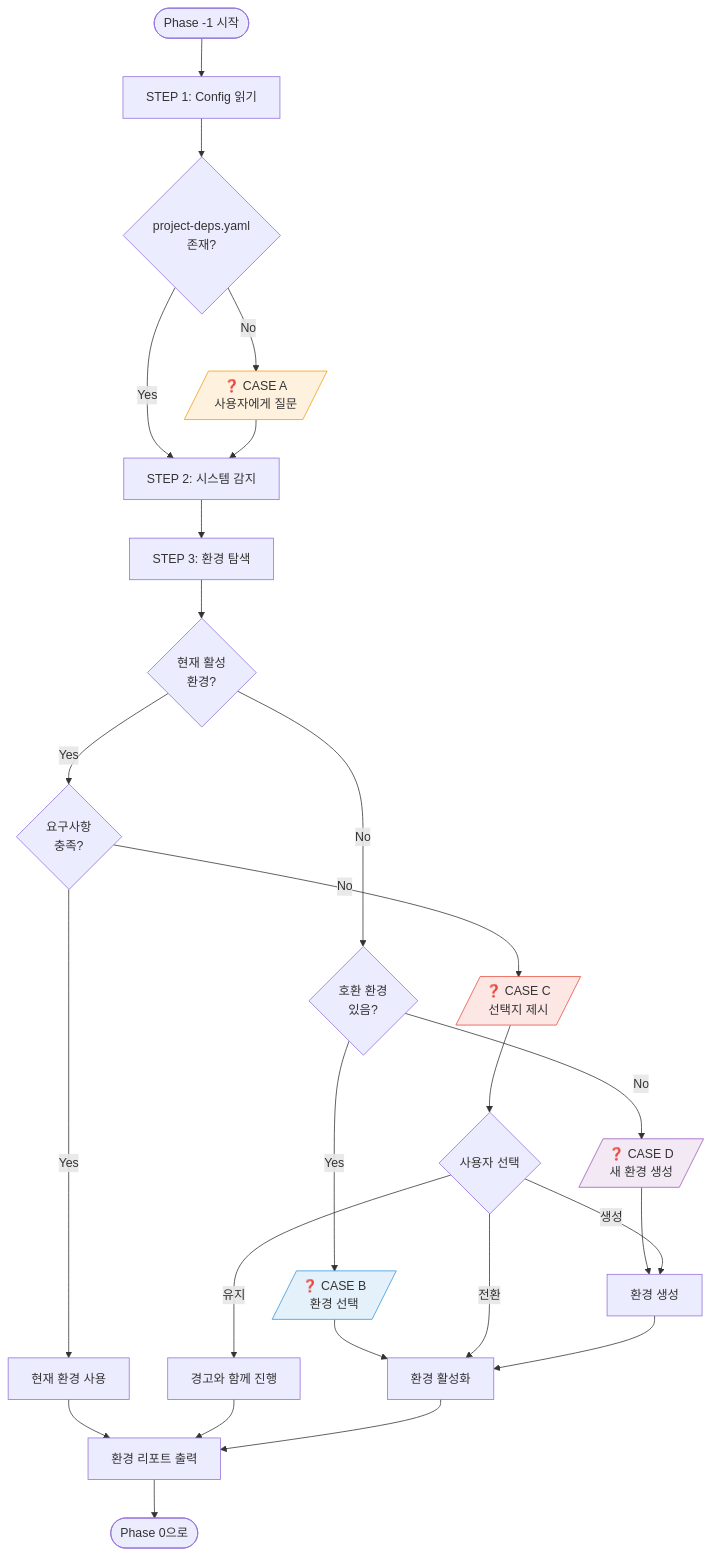
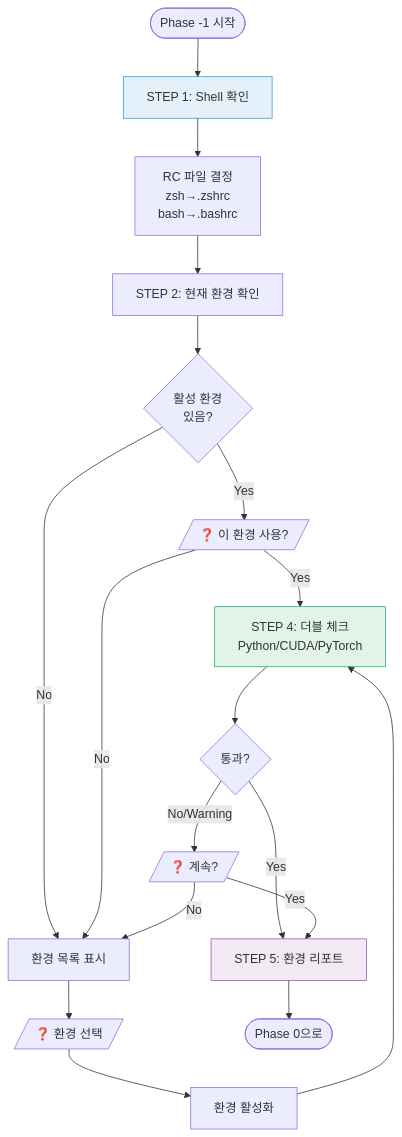
One commit to KIMSUNGHOON/opencode changed the first of 2 diagrams in docs/guides/12-environment-setup-workflow.md. Above: the diagram before and after it, drawn with Mermaid. The commit also changed other lines of this file, not shown here.

First line of the commit message:
docs: Environment Setup 문서 간소화 (Shell + env-config)

````diff
--- a/docs/guides/12-environment-setup-workflow.md
+++ b/docs/guides/12-environment-setup-workflow.md
@@ -434,45 +369,36 @@
 ```mermaid
 flowchart TB
-    START([Phase -1 시작]) --> READ[STEP 1: Config 읽기]
+    START([Phase -1 시작]) --> SHELL[STEP 1: Shell 확인]
 
-    READ --> HAS_CONFIG{project-deps.yaml<br/>존재?}
+    SHELL --> RC[RC 파일 결정<br/>zsh→.zshrc<br/>bash→.bashrc]
 
-    HAS_CONFIG -->|No| CASE_A[/"❓ CASE A<br/>사용자에게 질문"/]
-    HAS_CONFIG -->|Yes| DETECT[STEP 2: 시스템 감지]
+    RC --> ENV_CHECK[STEP 2: 현재 환경 확인]
 
-    CASE_A --> DETECT
+    ENV_CHECK --> HAS_ENV{활성 환경<br/>있음?}
 
-    DETECT --> SCAN[STEP 3: 환경 탐색]
+    HAS_ENV -->|Yes| ASK_USE[/"❓ 이 환경 사용?"/]
+    HAS_ENV -->|No| LIST_ENV[환경 목록 표시]
 
-    SCAN --> HAS_ACTIVE{현재 활성<br/>환경?}
+    ASK_USE -->|Yes| DOUBLE_CHECK
+    ASK_USE -->|No| LIST_ENV
 
-    HAS_ACTIVE -->|No| FIND{호환 환경<br/>있음?}
-    HAS_ACTIVE -->|Yes| MATCH{요구사항<br/>충족?}
+    LIST_ENV --> SELECT[/"❓ 환경 선택"/]
+    SELECT --> ACTIVATE[환경 활성화]
+    ACTIVATE --> DOUBLE_CHECK
 
-    MATCH -->|Yes| USE_CURRENT[현재 환경 사용]
-    MATCH -->|No| CASE_C[/"❓ CASE C<br/>선택지 제시"/]
+    DOUBLE_CHECK[STEP 4: 더블 체크<br/>Python/CUDA/PyTorch]
 
-    FIND -->|Yes| CASE_B[/"❓ CASE B<br/>환경 선택"/]
-    FIND -->|No| CASE_D[/"❓ CASE D<br/>새 환경 생성"/]
+    DOUBLE_CHECK --> CHECK_OK{통과?}
 
-    CASE_B --> ACTIVATE[환경 활성화]
-    CASE_C --> CHOICE{사용자 선택}
-    CASE_D --> CREATE[환경 생성]
+    CHECK_OK -->|Yes| REPORT
+    CHECK_OK -->|No/Warning| ASK_CONTINUE[/"❓ 계속?"/]
 
-    CHOICE -->|유지| WARN[경고와 함께 진행]
-    CHOICE -->|전환| ACTIVATE
-    CHOICE -->|생성| CREATE
+    ASK_CONTINUE -->|Yes| REPORT
+    ASK_CONTINUE -->|No| LIST_ENV
 
-    CREATE --> ACTIVATE
+    REPORT[STEP 5: 환경 리포트] --> DONE([Phase 0으로])
 
-    USE_CURRENT --> REPORT
-    WARN --> REPORT
-    ACTIVATE --> REPORT
-
-    REPORT[환경 리포트 출력] --> DONE([Phase 0으로])
-
-    style CASE_A fill:#F39C1222,stroke:#F39C12
-    style CASE_B fill:#3498DB22,stroke:#3498DB
-    style CASE_C fill:#E74C3C22,stroke:#E74C3C
-    style CASE_D fill:#9B59B622,stroke:#9B59B6
+    style SHELL fill:#3498DB22,stroke:#3498DB
+    style DOUBLE_CHECK fill:#27AE6022,stroke:#27AE60
+    style REPORT fill:#9B59B622,stroke:#9B59B6
 ```
````
